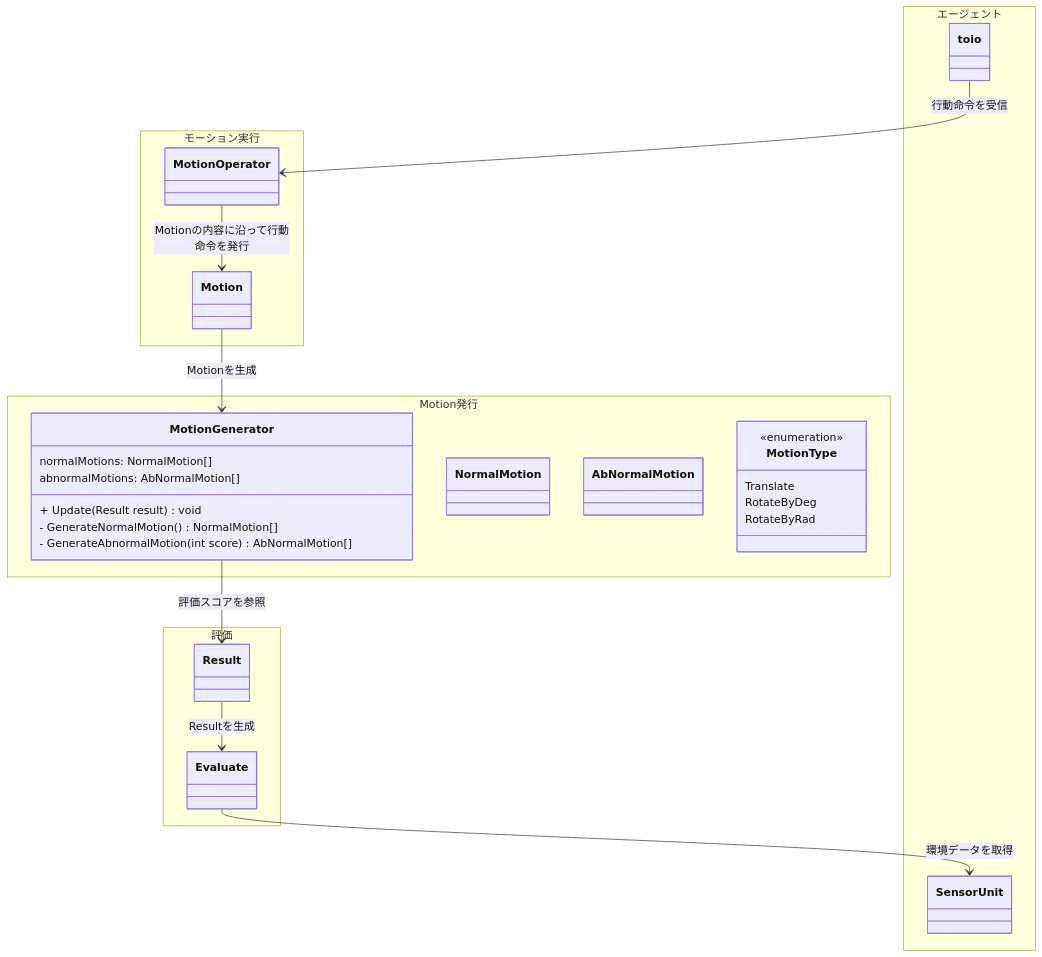
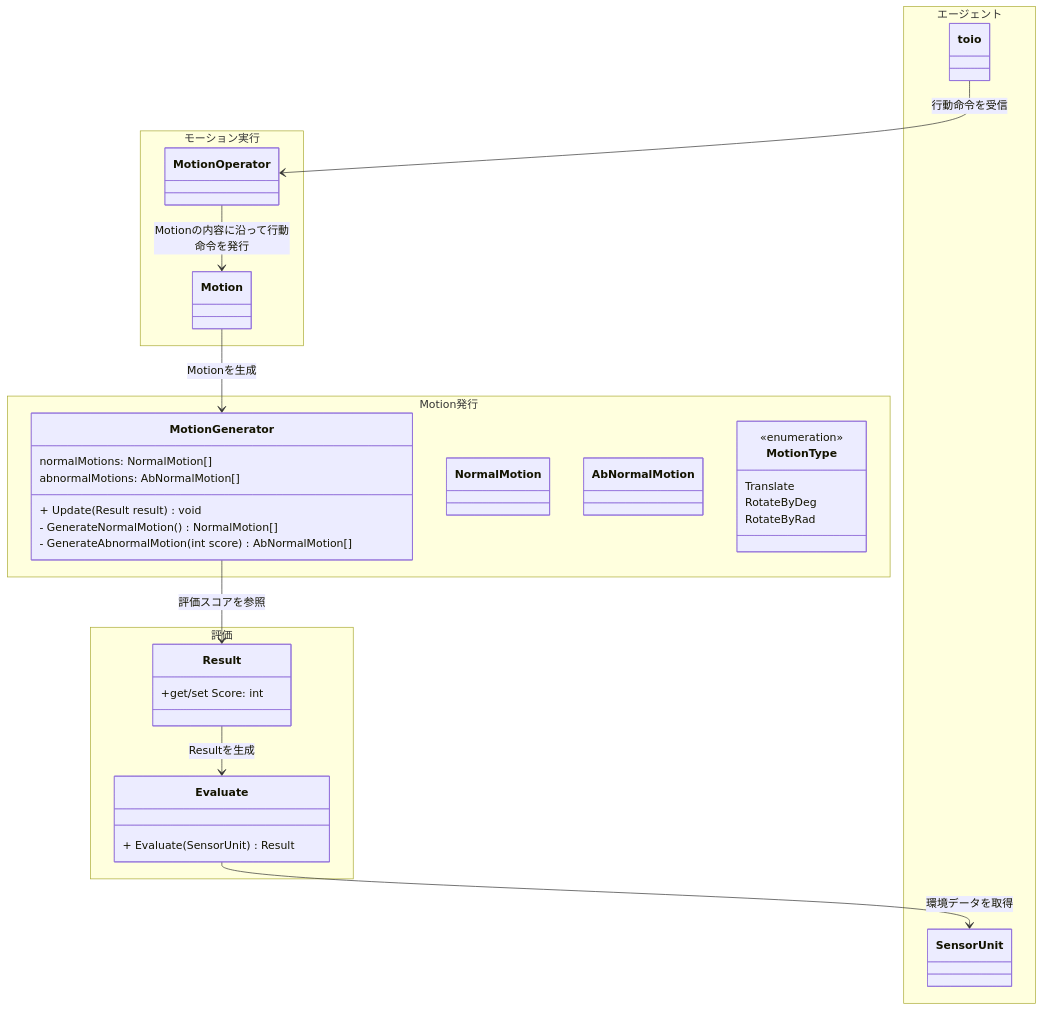
One commit to Ryuzo-MYU/weak-toio changed the diagram in Document/motion_system.md. Above: the diagram before and after it, drawn with Mermaid. The commit also changed 5 other files, not shown here.

````diff
--- a/Document/motion_system.md
+++ b/Document/motion_system.md
@@ -1,46 +1,50 @@
 ```mermaid
 classDiagram
 	namespace Motion発行{
 		class MotionGenerator{
 		 	normalMotions: NormalMotion[]
 			abnormalMotions: AbNormalMotion[]
 			+ Update(Result result) void
 			- GenerateNormalMotion() NormalMotion[]
 			- GenerateAbnormalMotion(int score) AbNormalMotion[]
 		}
 		class NormalMotion{
 
 		}
 		class AbNormalMotion{
 
 		}
 		class Motion{
 
 		}
 		class MotionType{
 			<<enumeration>>
 			Translate
 			RotateByDeg
 			RotateByRad
 		}
 	}
 	namespace 評価{
-		class Evaluate
-		class Result
+		class Evaluate{
+			+ Evaluate(SensorUnit) Result
+		}
+		class Result{
+			+get/set Score: int
+		}
 	}
 	namespace エージェント{
 		class toio
 		class SensorUnit
 	}
 	namespace モーション実行{
 		class MotionOperator
 		class Motion
 	}
 
 	Evaluate --> SensorUnit: 環境データを取得
 	Result --> Evaluate: Resultを生成
 	MotionGenerator --> Result: 評価スコアを参照
 	Motion --> MotionGenerator: Motionを生成
 	MotionOperator --> Motion: Motionの内容に沿って行動命令を発行
 	toio --> MotionOperator: 行動命令を受信
 ```
````
